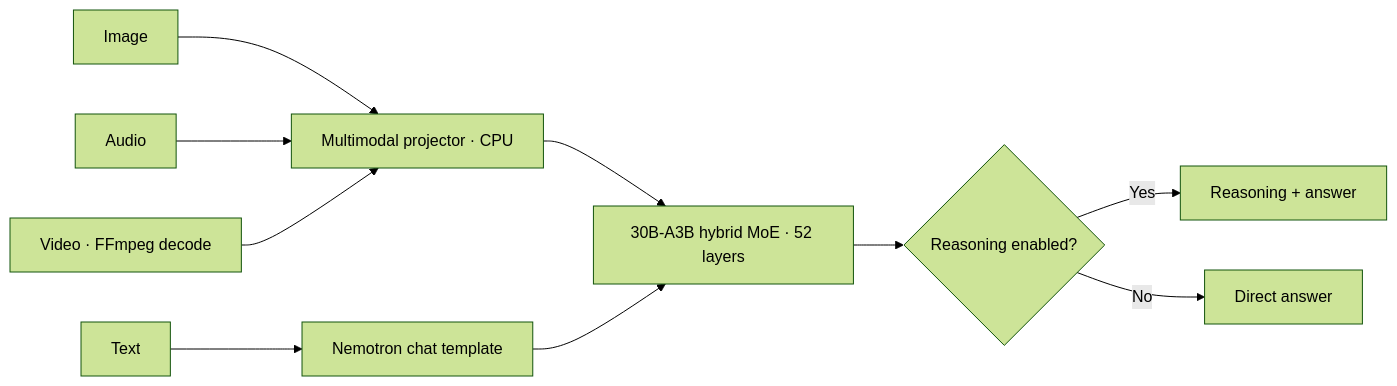
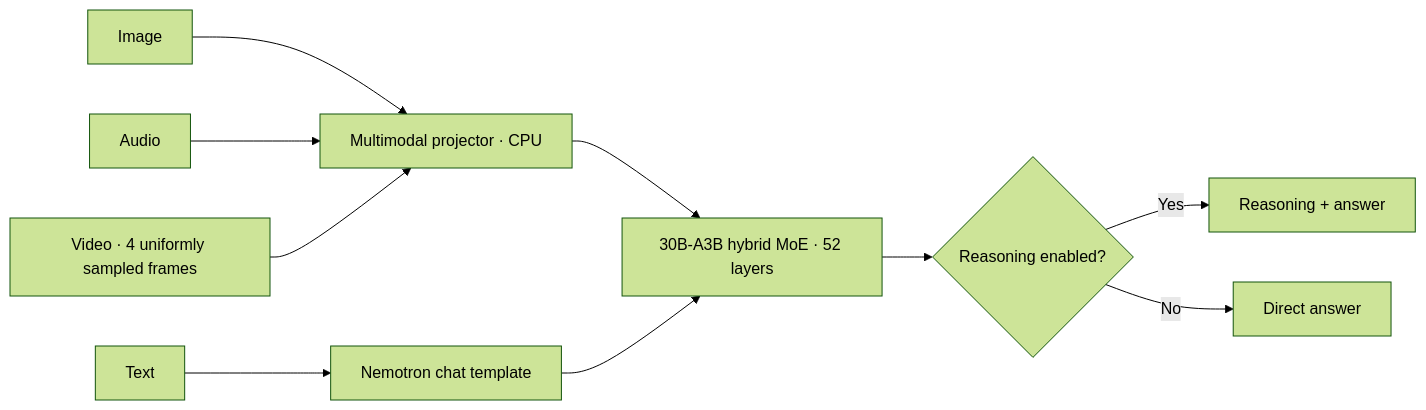
One commit to nakultt/MoE changed the fourth of 9 diagrams in README.md. Above: the diagram before and after it, drawn with Mermaid (forest theme). The commit also changed other lines of this file and 10 other files, not shown here.

````diff
--- a/README.md
+++ b/README.md
@@ -1119,12 +1119,12 @@
 ```mermaid
 graph LR
     TXT["Text"] --> PROJ["Nemotron chat template"]
     IMG["Image"] --> MMP["Multimodal projector · CPU"]
     AUD["Audio"] --> MMP
-    VID["Video · FFmpeg decode"] --> MMP
+    VID["Video · 4 uniformly sampled frames"] --> MMP
     MMP --> LLM["30B-A3B hybrid MoE · 52 layers"]
     PROJ --> LLM
     LLM --> MODE{"Reasoning enabled?"}
     MODE -->|"Yes"| THINK["Reasoning + answer"]
     MODE -->|"No"| DIRECT["Direct answer"]
 ```
````
